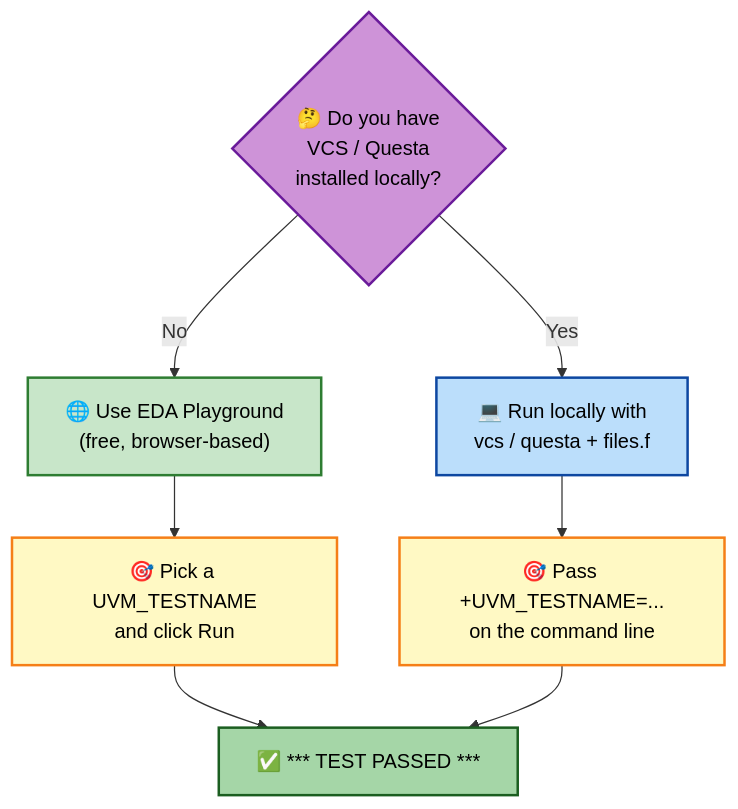
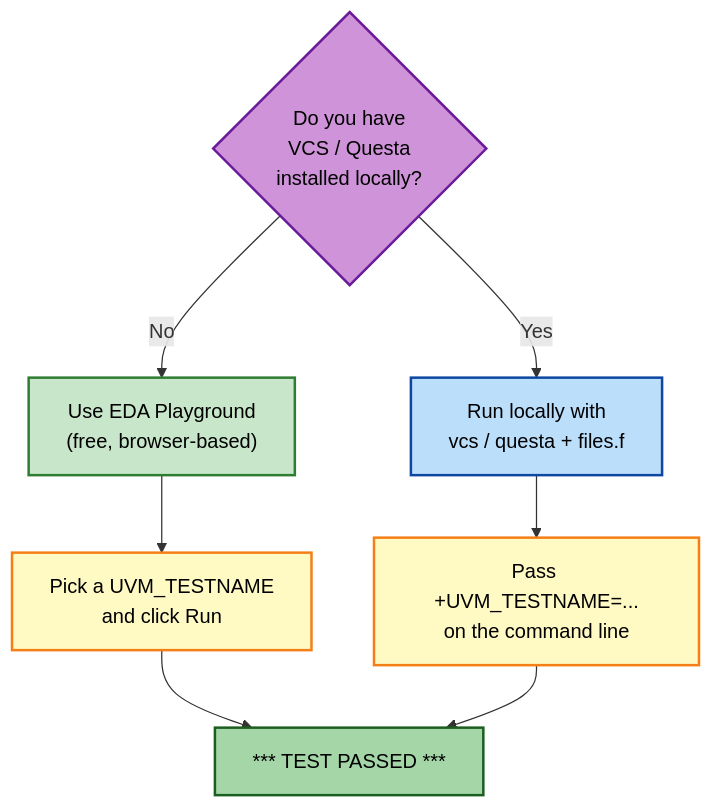
One commit to hjsanjana/riscv-uvm-pipeline changed the ninth of 10 diagrams in README.md. Above: the diagram before and after it, drawn with Mermaid. The commit also changed other lines of this file, not shown here.

Commit message:
Remove emoji from README, keep colors and diagrams

````diff
--- a/README.md
+++ b/README.md
@@ -346,16 +345,16 @@
 ```mermaid
 flowchart TD
-    Start{"🤔 Do you have<br/>VCS / Questa<br/>installed locally?"}:::q
-    Start -- "No" --> Play["🌐 Use EDA Playground<br/>(free, browser-based)"]:::easy
-    Start -- "Yes" --> Local["💻 Run locally with<br/>vcs / questa + files.f"]:::adv
-    Play --> Pick["🎯 Pick a UVM_TESTNAME<br/>and click Run"]:::action
-    Local --> Pick2["🎯 Pass +UVM_TESTNAME=...<br/>on the command line"]:::action
-    Pick --> Result["✅ *** TEST PASSED ***"]:::good
+    Start{"Do you have<br/>VCS / Questa<br/>installed locally?"}:::q
+    Start -- "No" --> Play["Use EDA Playground<br/>(free, browser-based)"]:::easy
+    Start -- "Yes" --> Local["Run locally with<br/>vcs / questa + files.f"]:::adv
+    Play --> Pick["Pick a UVM_TESTNAME<br/>and click Run"]:::action
+    Local --> Pick2["Pass +UVM_TESTNAME=...<br/>on the command line"]:::action
+    Pick --> Result["*** TEST PASSED ***"]:::good
     Pick2 --> Result
 
     classDef q fill:#ce93d8,stroke:#6a1b9a,color:#000,stroke-width:2px
     classDef easy fill:#c8e6c9,stroke:#2e7d32,color:#000,stroke-width:2px
     classDef adv fill:#bbdefb,stroke:#0d47a1,color:#000,stroke-width:2px
     classDef action fill:#fff9c4,stroke:#f57f17,color:#000,stroke-width:2px
     classDef good fill:#a5d6a7,stroke:#1b5e20,color:#000,stroke-width:2px
 ```
````
